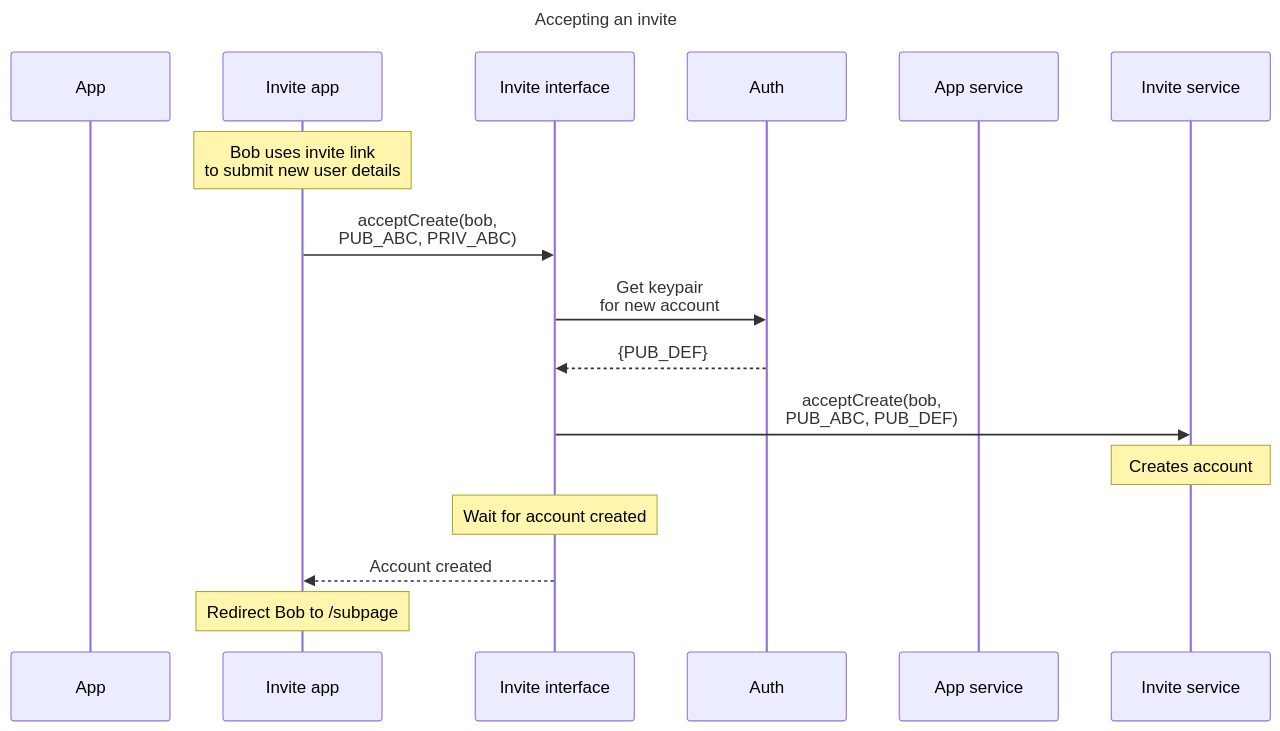
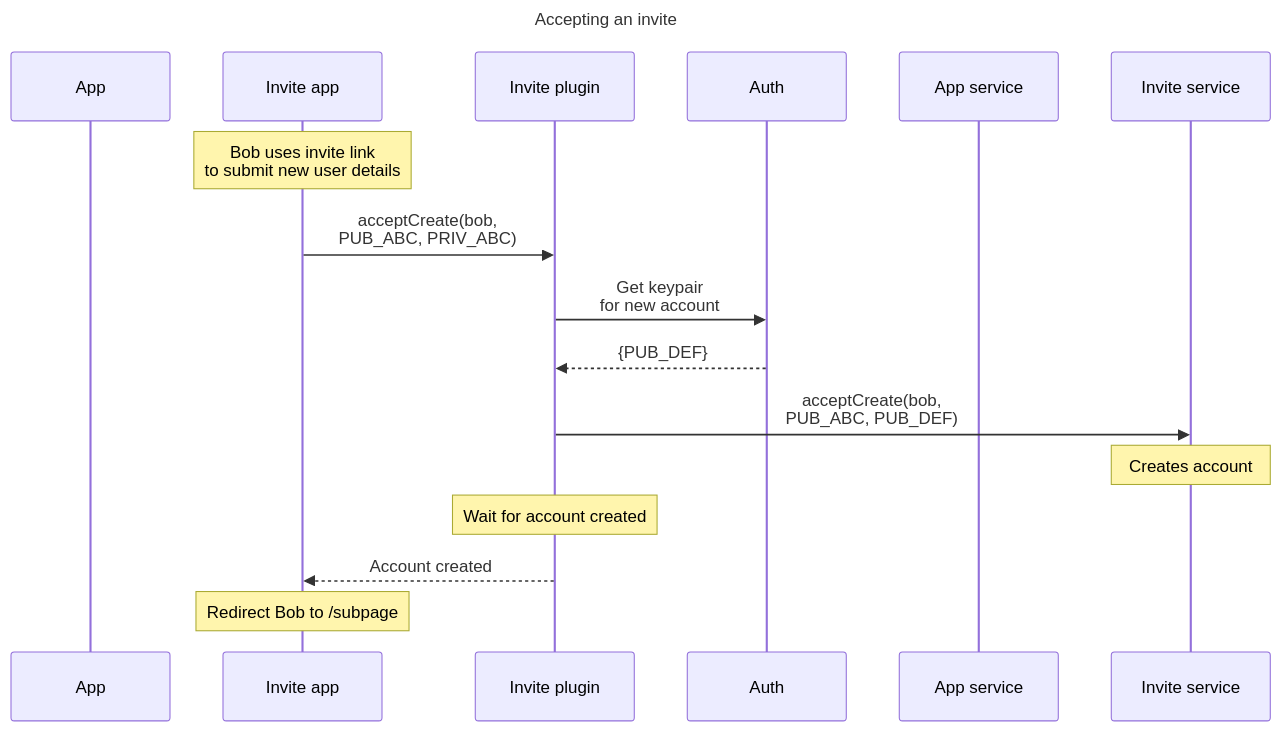
The second of 2 diagrams in doc/psidk/src/specifications/concepts/user-onboarding.md (gofractally/psibase), drawn with Mermaid before and after one commit. The commit also changed other lines of this file and 24 other files, not shown here.

Commit message:
language cleanup. 'applet'-->'app' or 'UI' or 'plugin' depending on context, and 'app interface'-->'plugin'

````diff
--- a/doc/psidk/src/specifications/concepts/user-onboarding.md
+++ b/doc/psidk/src/specifications/concepts/user-onboarding.md
@@ -68,20 +68,20 @@
 ```mermaid
 sequenceDiagram
     title Accepting an invite
     participant App
     participant Invite app
-    participant Invite interface
+    participant Invite plugin
     participant Auth
     participant App service
     participant Invite service
 
     note over Invite app: Bob uses invite link<br>to submit new user details
-    Invite app->>Invite interface: acceptCreate(bob,<br>PUB_ABC, PRIV_ABC)
-    Invite interface->>Auth: Get keypair<br>for new account
-    Auth-->>Invite interface: {PUB_DEF}
-    Invite interface->>Invite service: acceptCreate(bob,<br>PUB_ABC, PUB_DEF)
+    Invite app->>Invite plugin: acceptCreate(bob,<br>PUB_ABC, PRIV_ABC)
+    Invite plugin->>Auth: Get keypair<br>for new account
+    Auth-->>Invite plugin: {PUB_DEF}
+    Invite plugin->>Invite service: acceptCreate(bob,<br>PUB_ABC, PUB_DEF)
     note over Invite service: Creates account
-    Note over Invite interface: Wait for account created
-    Invite interface-->>Invite app: Account created
+    Note over Invite plugin: Wait for account created
+    Invite plugin-->>Invite app: Account created
     Note over Invite app: Redirect Bob to /subpage
 ```
````
